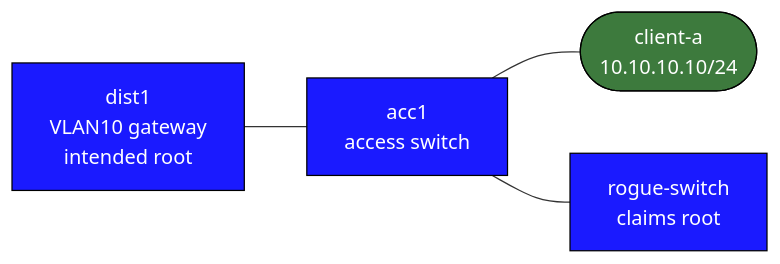
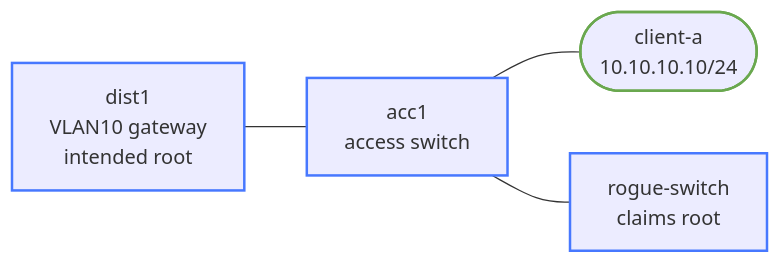
Before and after one commit to jschless/networkingLabs: the diagram in labs/campus-l2-hardening/README.md, drawn with Mermaid. The commit also changed 250 other files, not shown here.

Commit message:
Fix unreadable topology diagrams, convert ASCII art, publish assessments (#57)

````diff
--- a/labs/campus-l2-hardening/README.md
+++ b/labs/campus-l2-hardening/README.md
@@ -19,16 +19,16 @@
 ```mermaid
 flowchart LR
-    dist1["dist1\nVLAN10 gateway\nintended root"]
-    acc1["acc1\naccess switch"]
-    clienta(["client-a\n10.10.10.10/24"])
-    rogue["rogue-switch\nclaims root"]
+    dist1["dist1<br/>VLAN10 gateway<br/>intended root"]
+    acc1["acc1<br/>access switch"]
+    clienta(["client-a<br/>10.10.10.10/24"])
+    rogue["rogue-switch<br/>claims root"]
 
     dist1 --- acc1
     acc1 --- clienta
     acc1 --- rogue
 
-    classDef switch fill:#1a1aff,color:#fff,stroke:#000
-    classDef host fill:#3d7a3d,color:#fff,stroke:#000
+    classDef switch stroke:#4778ff,stroke-width:2px
+    classDef host stroke:#6aa84f,stroke-width:2px
     class dist1,acc1,rogue switch
     class clienta host
 ```
````
